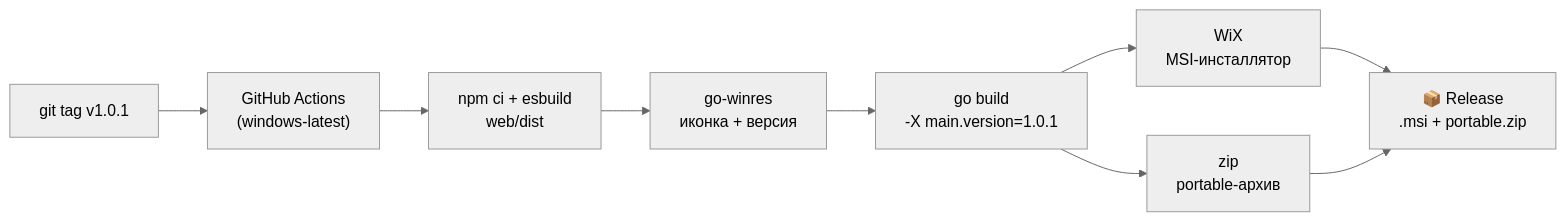
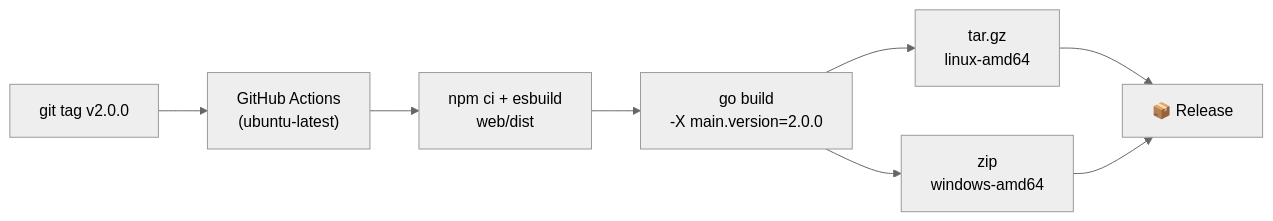
One commit to akprof2000/ClickHouse-Show-Polygons changed the eighth of 8 diagrams in README.md. Above: the diagram before and after it, drawn with Mermaid (neutral theme). The commit also changed other lines of this file and 21 other files, not shown here.

````diff
--- a/README.md
+++ b/README.md
@@ -410,11 +510,10 @@
 ```mermaid
 flowchart LR
-    T["git tag v1.0.1"] --> W["GitHub Actions<br/>(windows-latest)"]
+    T["git tag v2.0.0"] --> W["GitHub Actions<br/>(ubuntu-latest)"]
     W --> N["npm ci + esbuild<br/>web/dist"]
-    N --> I["go-winres<br/>иконка + версия"]
-    I --> G["go build<br/>-X main.version=1.0.1"]
-    G --> S["WiX<br/>MSI-инсталлятор"]
-    G --> Z["zip<br/>portable-архив"]
-    S --> R["📦 Release<br/>.msi + portable.zip"]
+    N --> G["go build<br/>-X main.version=2.0.0"]
+    G --> L["tar.gz<br/>linux-amd64"]
+    G --> Z["zip<br/>windows-amd64"]
+    L --> R["📦 Release"]
     Z --> R
 ```
````
